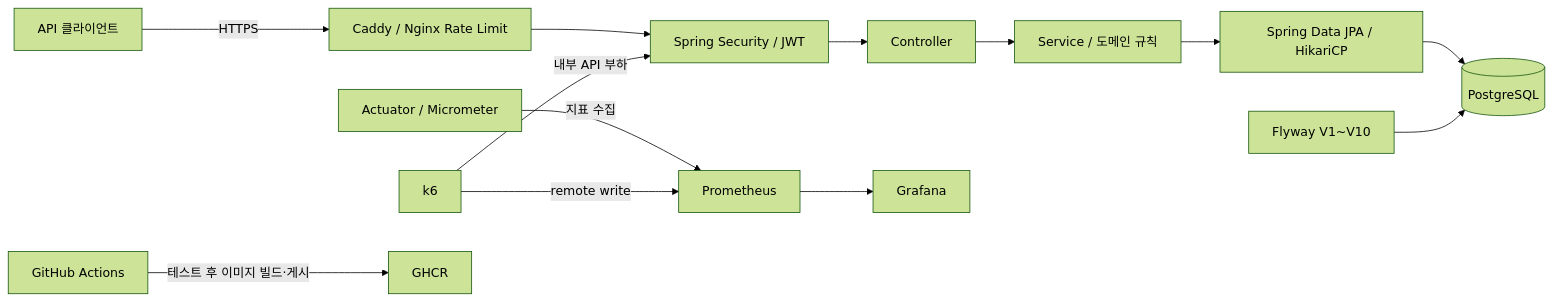
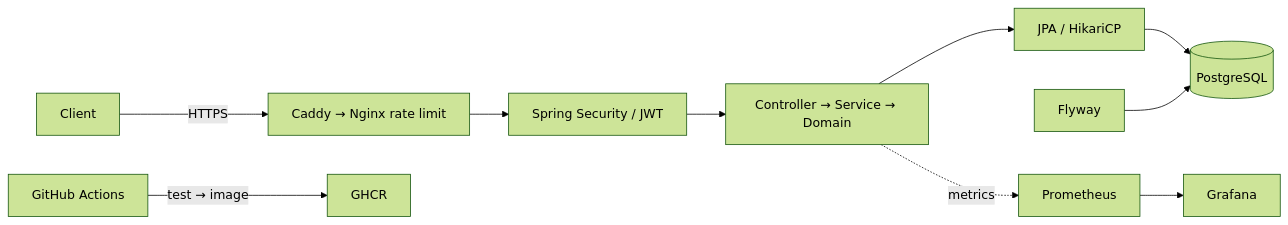
Before and after one commit to 22junreal/study-matching-system: the first of 2 diagrams in README.md, drawn with Mermaid (forest theme). The commit also changed other lines of this file, not shown here.

````diff
--- a/README.md
+++ b/README.md
@@ -127,15 +59,11 @@
 ```mermaid
 flowchart LR
-    U[API 클라이언트] -->|HTTPS| EDGE[Caddy / Nginx Rate Limit]
+    C[Client] -->|HTTPS| EDGE[Caddy → Nginx rate limit]
     EDGE --> SEC[Spring Security / JWT]
-    SEC --> CTR[Controller]
-    CTR --> SVC[Service / 도메인 규칙]
-    SVC --> JPA[Spring Data JPA / HikariCP]
+    SEC --> APP[Controller → Service → Domain]
+    APP --> JPA[JPA / HikariCP]
     JPA --> DB[(PostgreSQL)]
-    FLY[Flyway V1~V10] --> DB
-    MET[Actuator / Micrometer] -->|지표 수집| PROM[Prometheus]
-    PROM --> GRAF[Grafana]
-    K6[k6] -->|내부 API 부하| SEC
-    K6 -->|remote write| PROM
-    CI[GitHub Actions] -->|테스트 후 이미지 빌드·게시| GHCR[GHCR]
+    FLY[Flyway] --> DB
+    APP -. metrics .-> PROM[Prometheus] --> GRAF[Grafana]
+    CI[GitHub Actions] -->|test → image| GHCR[GHCR]
 ```
````
